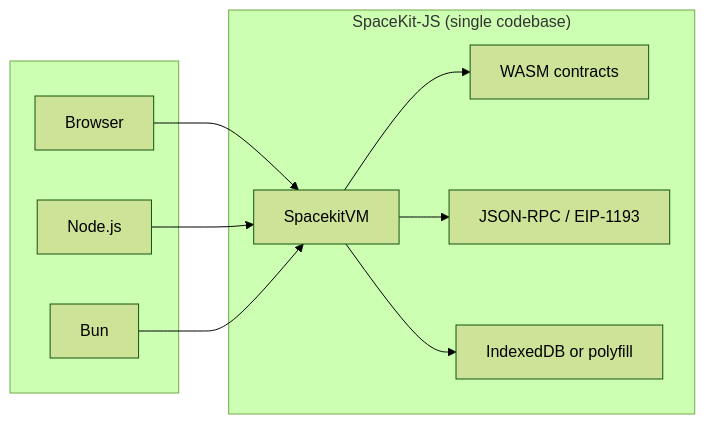
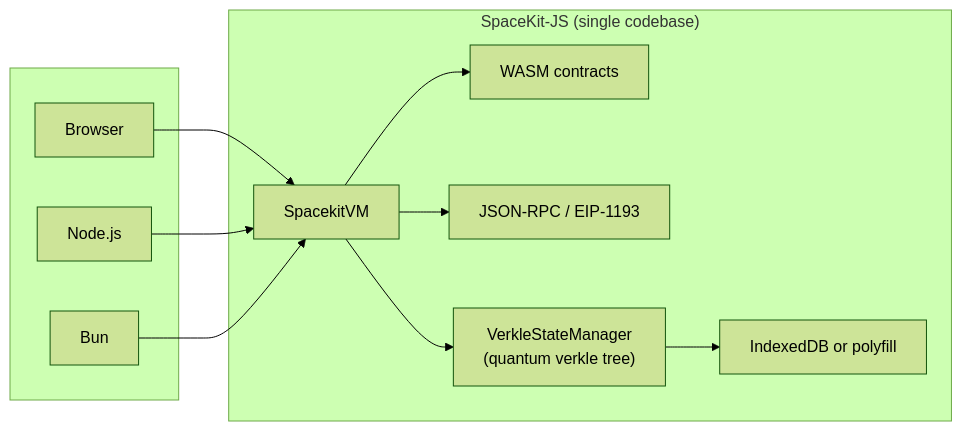
The first of 6 diagrams in README.md (spacekit-xyz/spacekit-js), drawn with Mermaid (forest theme) before and after one commit. The commit also changed other lines of this file and 14 other files, not shown here.

Commit message:
feat: stateless block validation via verkle witnesses (spacekit-js + compute node)

````diff
--- a/README.md
+++ b/README.md
@@ -99,20 +102,22 @@
 ```mermaid
 flowchart LR
   subgraph Runtimes[" "]
     Browser["Browser"]
     Node["Node.js"]
     Bun["Bun"]
   end
   subgraph VM["SpaceKit-JS (single codebase)"]
     SpacekitVM["SpacekitVM"]
     WASM["WASM contracts"]
     RPC["JSON-RPC / EIP-1193"]
+    Verkle["VerkleStateManager\n(quantum verkle tree)"]
     Storage["IndexedDB or polyfill"]
   end
   Browser --> SpacekitVM
   Node --> SpacekitVM
   Bun --> SpacekitVM
   SpacekitVM --> WASM
   SpacekitVM --> RPC
-  SpacekitVM --> Storage
+  SpacekitVM --> Verkle
+  Verkle --> Storage
 ```
````
